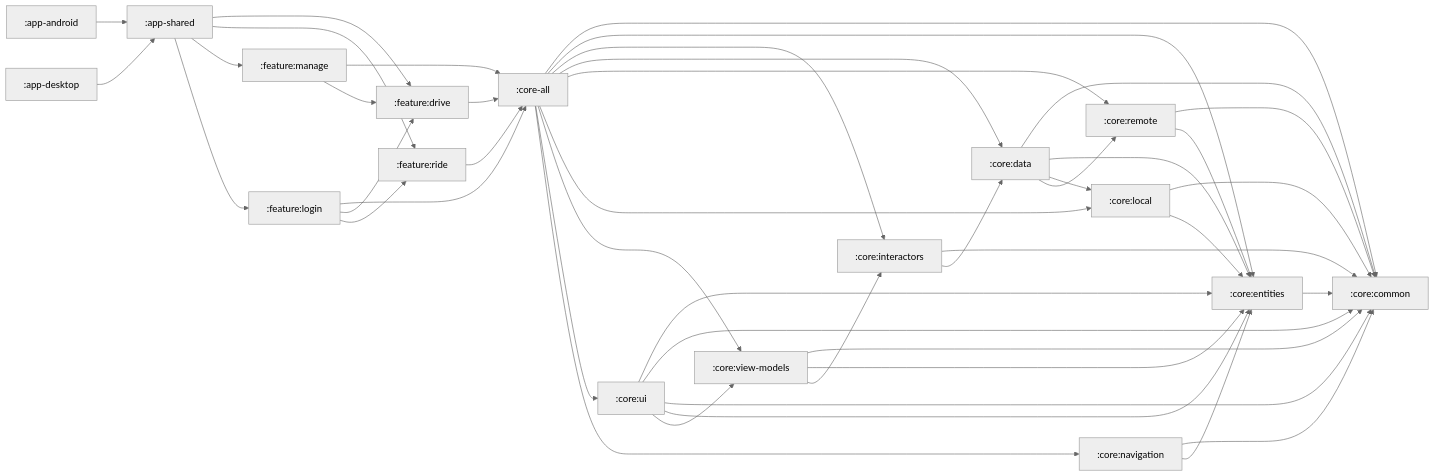
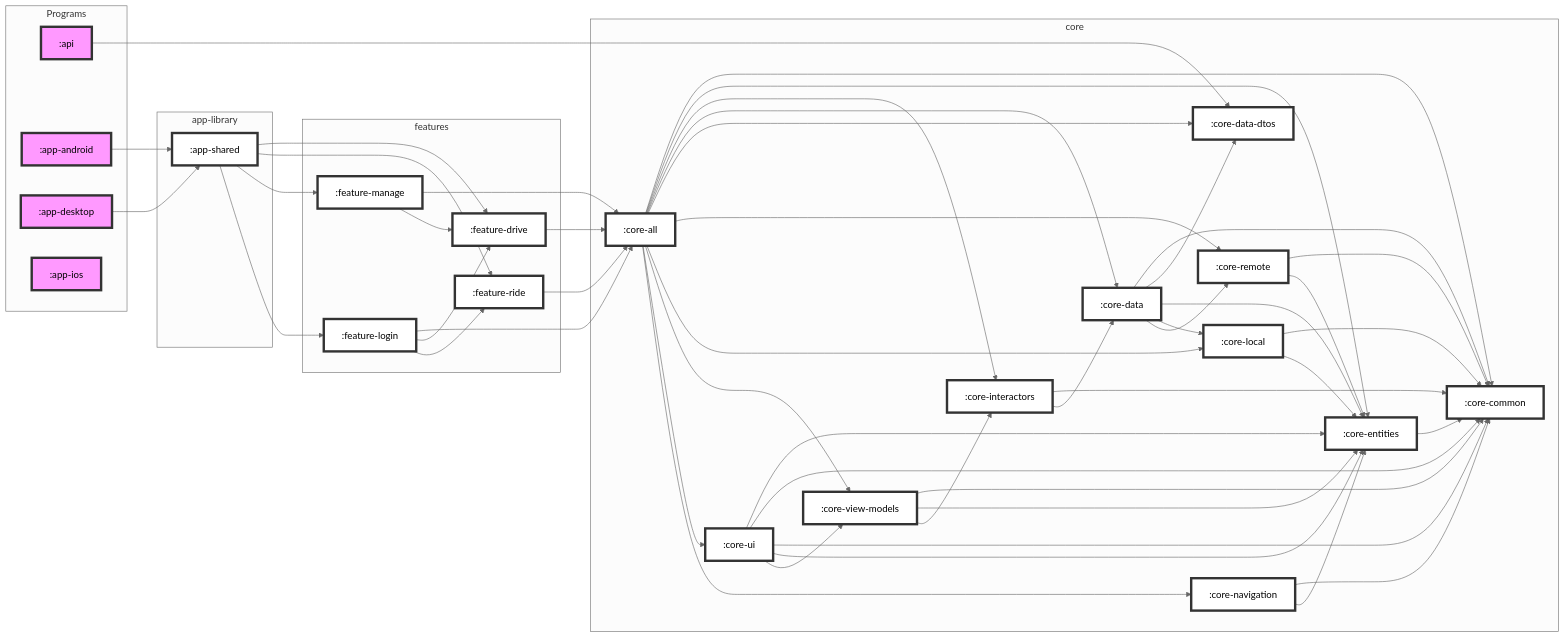
The second of 2 diagrams in README.md (Pointyware/XYZ), drawn with Mermaid before and after one commit. The commit also changed other lines of this file, not shown here.

Commit message:
Explain difference between client and server architectures

````diff
--- a/README.md
+++ b/README.md
@@ -43,61 +119,87 @@
 }%%
 
 graph LR
+
+  classDef program fill:#f9f,stroke:#333,stroke-width:4px;
+  classDef default,library fill:#fff,stroke:#333,stroke-width:4px;
+
+  subgraph Programs
+    :api:::program
+    :app-android:::program
+    :app-desktop:::program
+    :app-ios:::program
+  end
+  :api --> :core-data-dtos
   :app-android --> :app-shared
   :app-desktop --> :app-shared
+
+  subgraph app-library
+    :app-shared
+  end
   
-  :app-shared --> :feature:drive
-  :app-shared --> :feature:ride
-  :app-shared --> :feature:manage
-  :app-shared --> :feature:login
+  :app-shared --> :feature-drive
+  :app-shared --> :feature-ride
+  :app-shared --> :feature-manage
+  :app-shared --> :feature-login
   
-  :feature:drive --> :core-all
-  :feature:ride --> :core-all
-  :feature:manage --> :core-all
-  :feature:login --> :core-all
+  subgraph features
+    :feature-drive
+    :feature-ride
+    :feature-manage
+    :feature-login
+  end
+
+  :feature-drive --> :core-all
+  :feature-ride --> :core-all
+  :feature-manage --> :core-all
+  :feature-login --> :core-all
   
-  :feature:manage --> :feature:drive
+  :feature-manage --> :feature-drive
   
-  :feature:login --> :feature:drive
-  :feature:login --> :feature:ride
+  :feature-login --> :feature-drive
+  :feature-login --> :feature-ride
   
-  :core-all --> :core:common
-  :core-all --> :core:entities
-  :core-all --> :core:interactors
-  :core-all --> :core:data
-  :core-all --> :core:remote
-  :core-all --> :core:local
-  :core-all --> :core:view-models
-  :core-all --> :core:ui
-  :core-all --> :core:navigation
-  
-  :core:ui --> :core:entities
-  :core:ui --> :core:common
-  
-  :core:data --> :core:common
-  :core:data --> :core:entities
-  :core:data --> :core:local
-  :core:data --> :core:remote
-  
-  :core:entities --> :core:common
-  
-  :core:interactors --> :core:common
-  :core:interactors --> :core:data
-  
-  :core:local --> :core:common
-  :core:local --> :core:entities
-  
-  :core:navigation --> :core:common
-  :core:navigation --> :core:entities
-  
-  :core:remote --> :core:common
-  :core:remote --> :core:entities
-  
-  :core:ui --> :core:common
-  :core:ui --> :core:entities
-  :core:ui --> :core:view-models
-  
-  :core:view-models --> :core:common
-  :core:view-models --> :core:entities
-  :core:view-models --> :core:interactors
+  subgraph core
+    :core-all --> :core-common
+    :core-all --> :core-entities
+    :core-all --> :core-interactors
+    :core-all --> :core-data
+    :core-all --> :core-data-dtos
+    :core-all --> :core-remote
+    :core-all --> :core-local
+    :core-all --> :core-view-models
+    :core-all --> :core-ui
+    :core-all --> :core-navigation
+    
+    :core-ui --> :core-entities
+    :core-ui --> :core-common
+    
+    :core-data --> :core-common
+    :core-data --> :core-data-dtos
+    :core-data --> :core-entities
+    :core-data --> :core-local
+    :core-data --> :core-remote
+    
+    :core-entities --> :core-common
+    
+    :core-interactors --> :core-common
+    :core-interactors --> :core-data
+    
+    :core-local --> :core-common
+    :core-local --> :core-entities
+    
+    :core-navigation --> :core-common
+    :core-navigation --> :core-entities
+    
+    :core-remote --> :core-common
+    :core-remote --> :core-entities
+    
+    :core-ui --> :core-common
+    :core-ui --> :core-entities
+    :core-ui --> :core-view-models
+    
+    :core-view-models --> :core-common
+    :core-view-models --> :core-entities
+    :core-view-models --> :core-interactors
+  end
 ```
````
